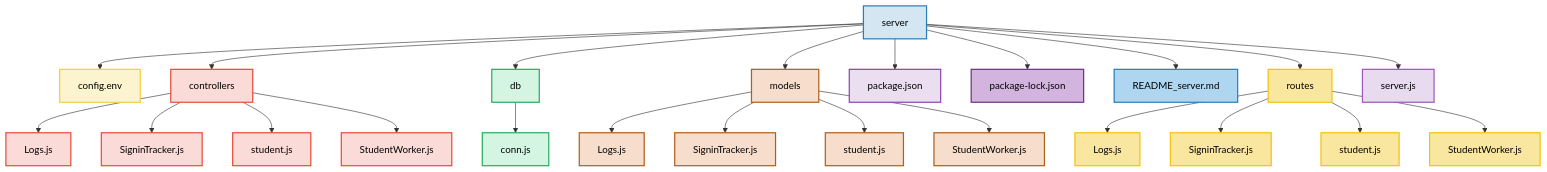
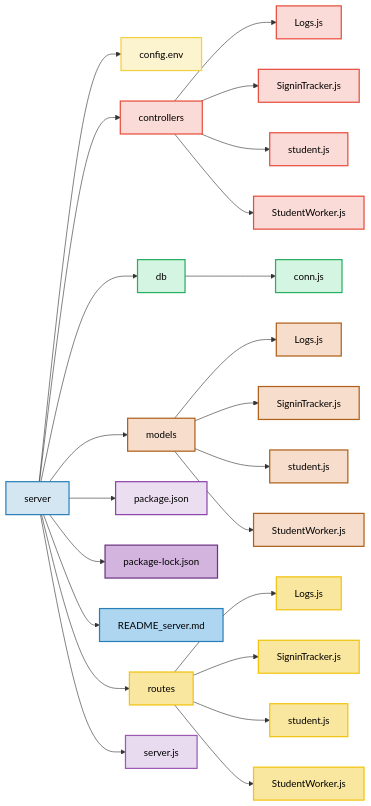
Before and after one commit to Daniel-Saravia/diagrams: the diagram in server_tree.md, drawn with Mermaid.

````diff
--- a/server_tree.md
+++ b/server_tree.md
@@ -1,49 +1,49 @@
 ``` mermaid
-graph TD
+graph LR
     style A fill:#D4E6F1,stroke:#2980B9,stroke-width:2px,color:#000000
     style B fill:#FCF3CF,stroke:#F4D03F,stroke-width:2px,color:#000000
     style C fill:#FADBD8,stroke:#E74C3C,stroke-width:2px,color:#000000
     style D fill:#D5F5E3,stroke:#27AE60,stroke-width:2px,color:#000000
     style E fill:#F6DDCC,stroke:#AF601A,stroke-width:2px,color:#000000
     style F fill:#EBDEF0,stroke:#8E44AD,stroke-width:2px,color:#000000
     style G fill:#D2B4DE,stroke:#6C3483,stroke-width:2px,color:#000000
     style H fill:#AED6F1,stroke:#2980B9,stroke-width:2px,color:#000000
     style I fill:#F9E79F,stroke:#F1C40F,stroke-width:2px,color:#000000
     style J fill:#E8DAEF,stroke:#9B59B6,stroke-width:2px,color:#000000
-    
+
     A[server] --> B[config.env]
     A --> C[controllers]
     style C1 fill:#FADBD8,stroke:#E74C3C,stroke-width:2px,color:#000000
     style C2 fill:#FADBD8,stroke:#E74C3C,stroke-width:2px,color:#000000
     style C3 fill:#FADBD8,stroke:#E74C3C,stroke-width:2px,color:#000000
     style C4 fill:#FADBD8,stroke:#E74C3C,stroke-width:2px,color:#000000
     C --> C1[Logs.js]
     C --> C2[SigninTracker.js]
     C --> C3[student.js]
     C --> C4[StudentWorker.js]
     A --> D[db]
     style D1 fill:#D5F5E3,stroke:#27AE60,stroke-width:2px,color:#000000
     D --> D1[conn.js]
     A --> E[models]
     style E1 fill:#F6DDCC,stroke:#AF601A,stroke-width:2px,color:#000000
     style E2 fill:#F6DDCC,stroke:#AF601A,stroke-width:2px,color:#000000
     style E3 fill:#F6DDCC,stroke:#AF601A,stroke-width:2px,color:#000000
     style E4 fill:#F6DDCC,stroke:#AF601A,stroke-width:2px,color:#000000
     E --> E1[Logs.js]
     E --> E2[SigninTracker.js]
     E --> E3[student.js]
     E --> E4[StudentWorker.js]
     A --> F[package.json]
     A --> G[package-lock.json]
     A --> H[README_server.md]
     A --> I[routes]
     style I1 fill:#F9E79F,stroke:#F1C40F,stroke-width:2px,color:#000000
     style I2 fill:#F9E79F,stroke:#F1C40F,stroke-width:2px,color:#000000
     style I3 fill:#F9E79F,stroke:#F1C40F,stroke-width:2px,color:#000000
     style I4 fill:#F9E79F,stroke:#F1C40F,stroke-width:2px,color:#000000
     I --> I1[Logs.js]
     I --> I2[SigninTracker.js]
     I --> I3[student.js]
     I --> I4[StudentWorker.js]
     A --> J[server.js]
 ```
````
